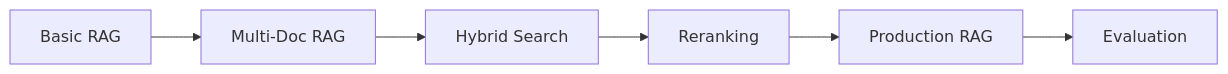
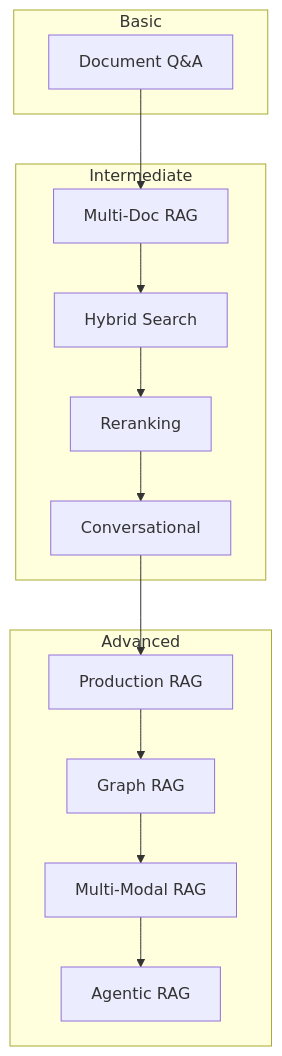
Before and after one commit to aalhommada/ai-projects: the first of 2 diagrams in content/docs/rag/index.mdx, drawn with Mermaid. The commit also changed other lines of this file and 8 other files, not shown here.

````diff
--- a/content/docs/rag/index.mdx
+++ b/content/docs/rag/index.mdx
@@ -12,8 +12,26 @@
 ```mermaid
-flowchart LR
-    A[Basic RAG] --> B[Multi-Doc RAG]
-    B --> C[Hybrid Search]
-    C --> D[Reranking]
-    D --> E[Production RAG]
-    E --> F[Evaluation]
+flowchart TB
+    subgraph Basic
+        A[Document Q&A]
+    end
+    subgraph Intermediate
+        B[Multi-Doc RAG]
+        C[Hybrid Search]
+        D[Reranking]
+        E[Conversational]
+    end
+    subgraph Advanced
+        F[Production RAG]
+        G[Graph RAG]
+        H[Multi-Modal RAG]
+        I[Agentic RAG]
+    end
+    A --> B
+    B --> C
+    C --> D
+    D --> E
+    E --> F
+    F --> G
+    G --> H
+    H --> I
 ```
````
